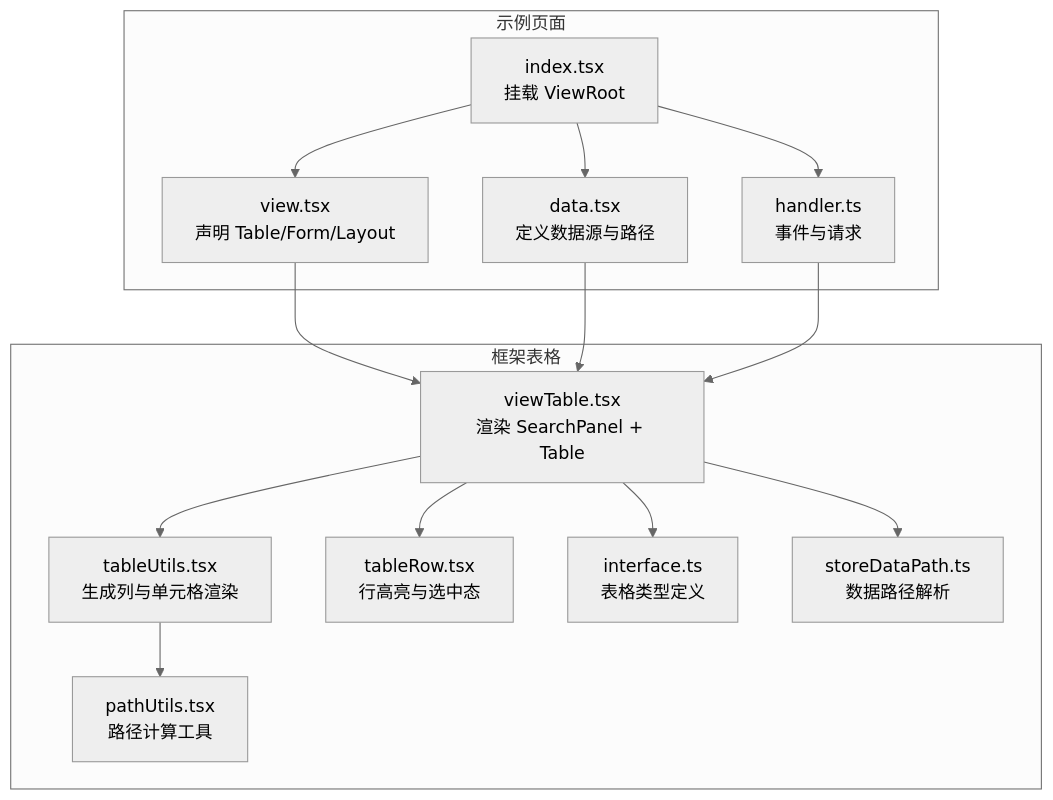
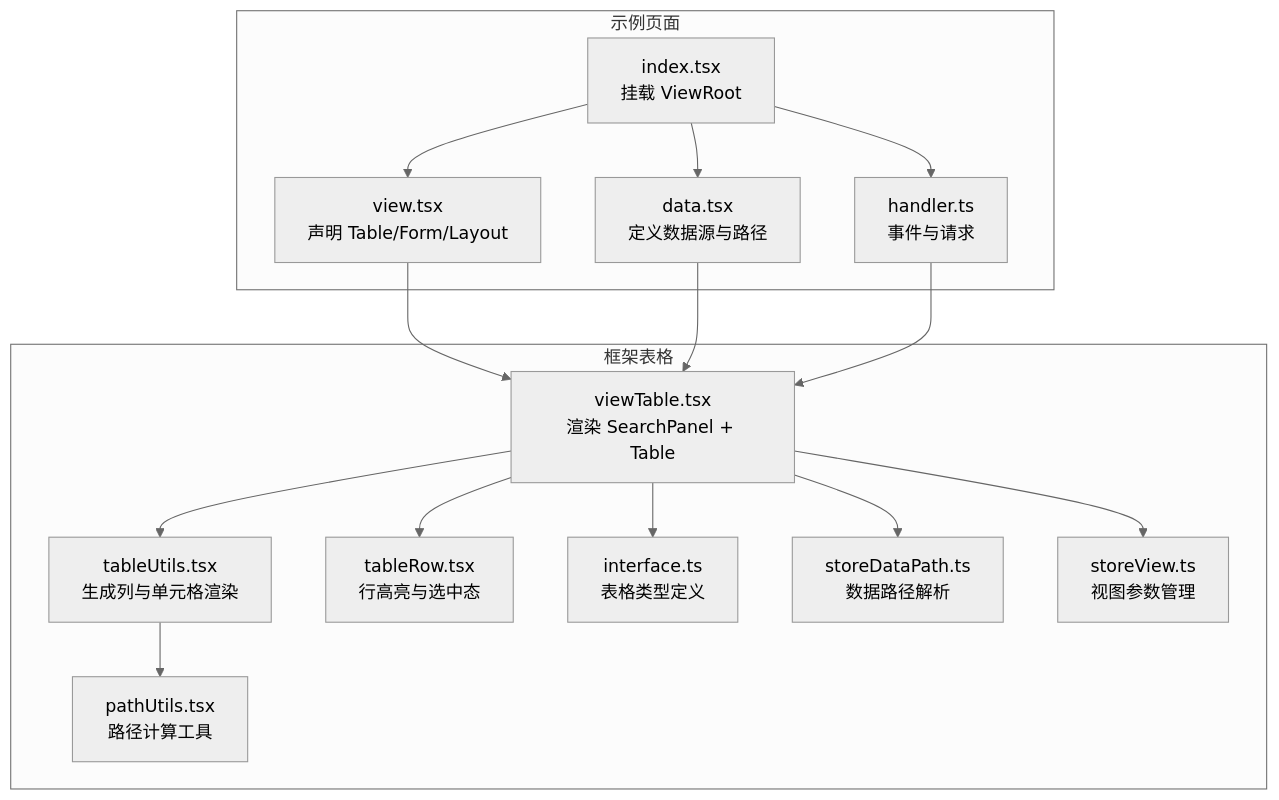
Before and after one commit to liqiongke/FrontArk: the first of 8 diagrams in .qoder/repowiki/zh/content/组件库/数据组件/表格组件.md, drawn with Mermaid (neutral theme). The commit also changed other lines of this file and 5 other files, not shown here.

````diff
--- a/.qoder/repowiki/zh/content/组件库/数据组件/表格组件.md
+++ b/.qoder/repowiki/zh/content/组件库/数据组件/表格组件.md
@@ -48,24 +49,26 @@
 ```mermaid
 graph TB
 subgraph "示例页面"
 A["index.tsx<br/>挂载 ViewRoot"] --> B["view.tsx<br/>声明 Table/Form/Layout"]
 A --> C["data.tsx<br/>定义数据源与路径"]
 A --> D["handler.ts<br/>事件与请求"]
 end
 subgraph "框架表格"
 E["viewTable.tsx<br/>渲染 SearchPanel + Table"]
 F["tableUtils.tsx<br/>生成列与单元格渲染"]
 G["tableRow.tsx<br/>行高亮与选中态"]
 H["interface.ts<br/>表格类型定义"]
 I["pathUtils.tsx<br/>路径计算工具"]
 J["storeDataPath.ts<br/>数据路径解析"]
+K["storeView.ts<br/>视图参数管理"]
 end
 B --> E
 C --> E
 D --> E
 E --> F
 E --> G
 E --> H
 F --> I
 E --> J
+E --> K
 ```
````
